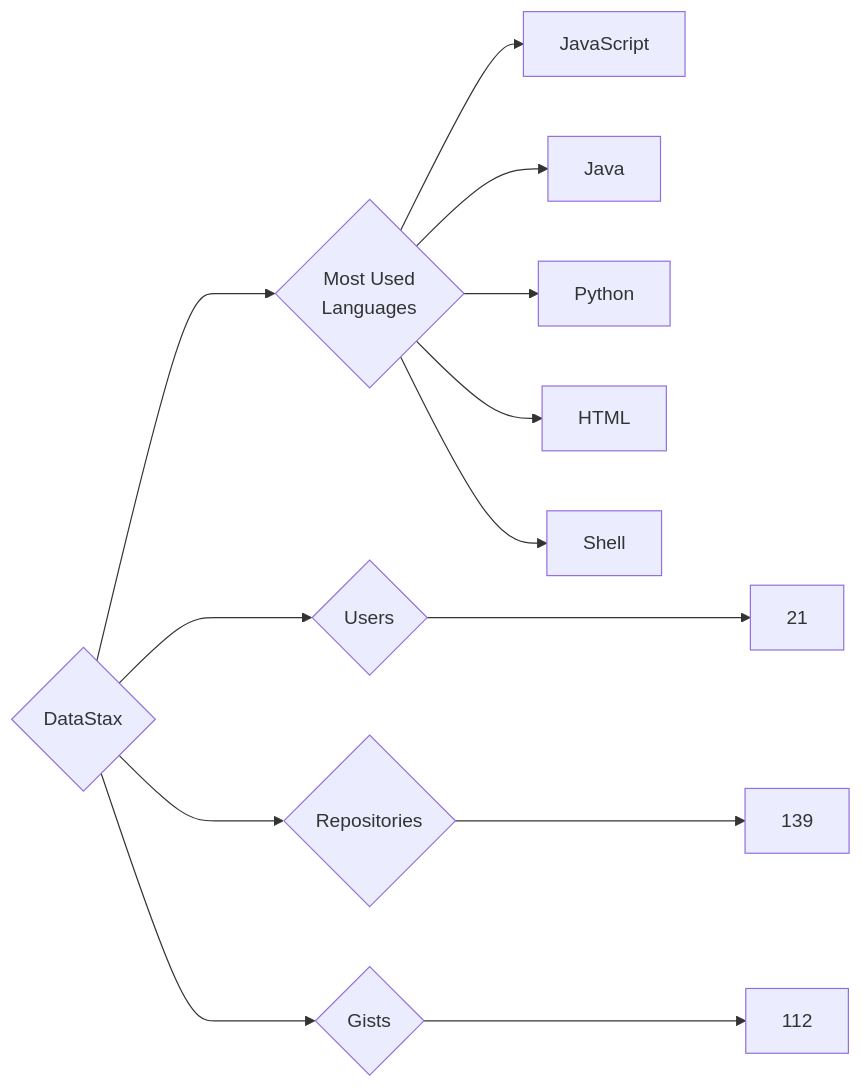
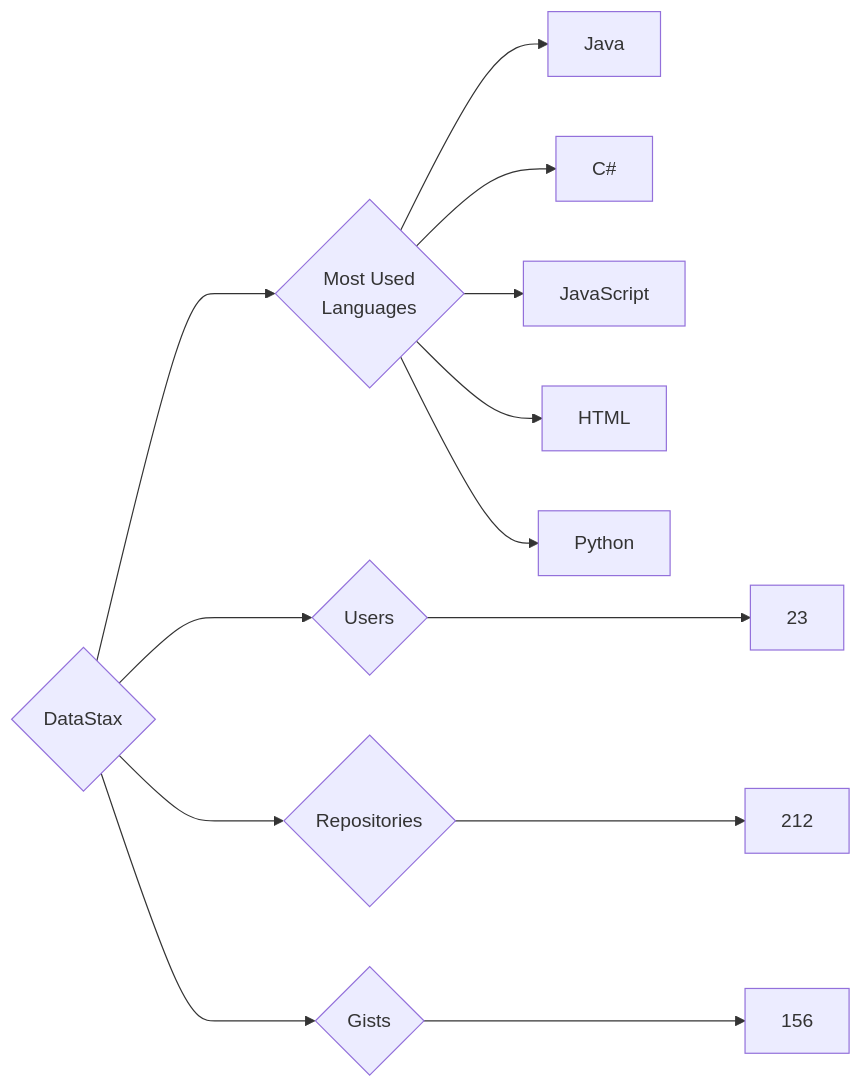
Before and after one commit to trickest/insiders: the diagram in targets/DataStax/README.md, drawn with Mermaid. The commit also changed 935 other files, not shown here.

````diff
--- a/targets/DataStax/README.md
+++ b/targets/DataStax/README.md
@@ -3,13 +3,13 @@
 ```mermaid
 graph LR
 COMPANY_NAME{DataStax}
-COMPANY_NAME ---> U{Users} ---> UN[21]
-COMPANY_NAME ---> R{Repositories} ---> RN[139]
-COMPANY_NAME ---> G{Gists} ---> GN[112]
+COMPANY_NAME ---> U{Users} ---> UN[23]
+COMPANY_NAME ---> R{Repositories} ---> RN[212]
+COMPANY_NAME ---> G{Gists} ---> GN[156]
 COMPANY_NAME ---> ML{Most Used<br>Languages}
+ML --> Java[Java]
+ML --> C#[C#]
 ML --> JavaScript[JavaScript]
-ML --> Java[Java]
+ML --> HTML[HTML]
 ML --> Python[Python]
-ML --> HTML[HTML]
-ML --> Shell[Shell]
 ```
````
